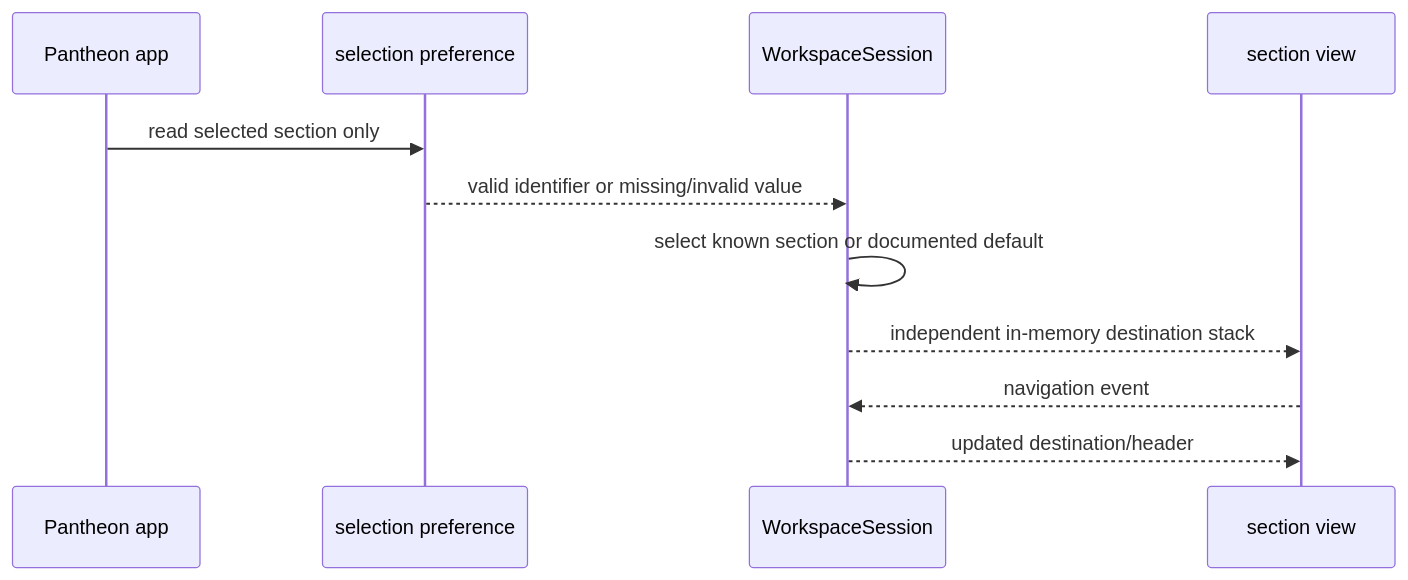
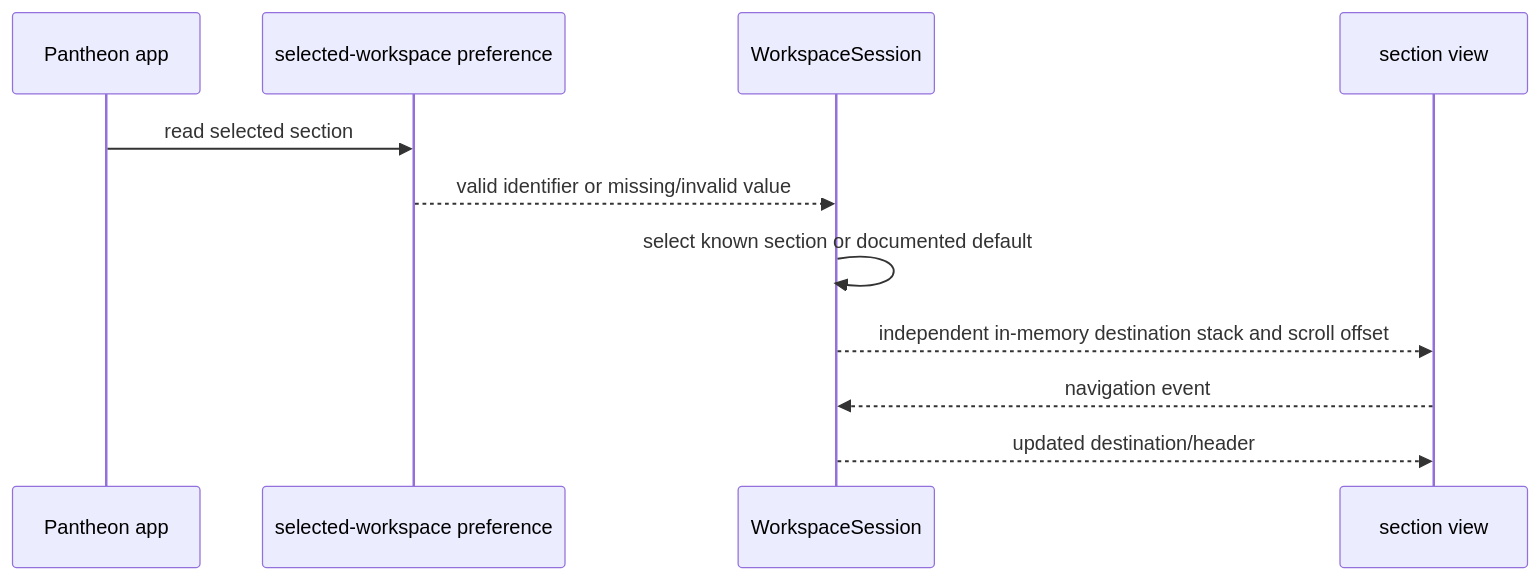
Before and after one commit to SirsiMaster/sirsi-pantheon: diagram 42 of 43 in docs/stacklab/pantheon-pt/canon/DIAGRAMS_RUNTIME_NATIVE.md, drawn with Mermaid. The commit also changed other lines of this file and 9 other files, not shown here.

First line of the commit message:
fix(menubar): retain per-workspace scroll position

````diff
--- a/docs/stacklab/pantheon-pt/canon/DIAGRAMS_RUNTIME_NATIVE.md
+++ b/docs/stacklab/pantheon-pt/canon/DIAGRAMS_RUNTIME_NATIVE.md
@@ -586,13 +587,13 @@
 ```mermaid
 sequenceDiagram
   participant App as Pantheon app
-  participant Pref as selection preference
+  participant Pref as selected-workspace preference
   participant Session as WorkspaceSession
   participant View as section view
-  App->>Pref: read selected section only
+  App->>Pref: read selected section
   Pref-->>Session: valid identifier or missing/invalid value
   Session->>Session: select known section or documented default
-  Session-->>View: independent in-memory destination stack
+  Session-->>View: independent in-memory destination stack and scroll offset
   View-->>Session: navigation event
   Session-->>View: updated destination/header
 ```
````
